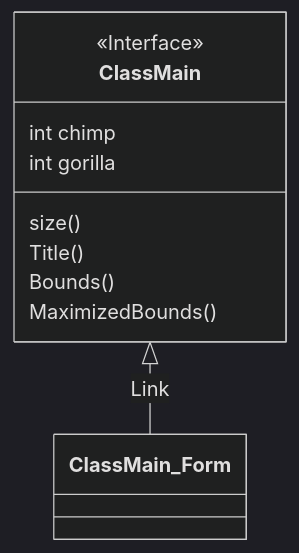
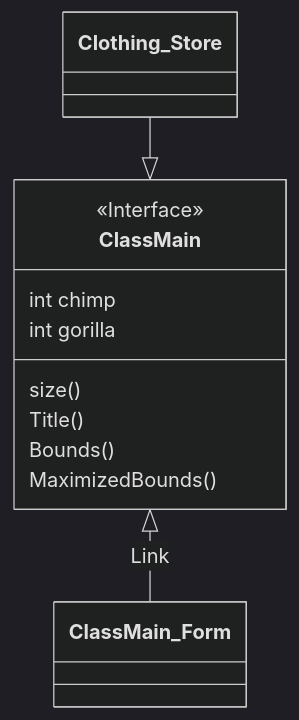
One commit to kawin101/Java_GUI_CRUD_CSV changed the third of 3 diagrams in README.md. Above: the diagram before and after it, drawn with Mermaid (dark theme).

````diff
--- a/README.md
+++ b/README.md
@@ -33,12 +33,13 @@
 ```mermaid
 classDiagram
 ClassMain <|-- ClassMain_Form : Link
 <<Interface>> ClassMain
+Clothing_Store --|> ClassMain
 ClassMain : size()
 ClassMain : Title()
 ClassMain : Bounds()
 ClassMain : MaximizedBounds()
 ClassMain : int chimp
 ClassMain : int gorilla
 
 ```
````
